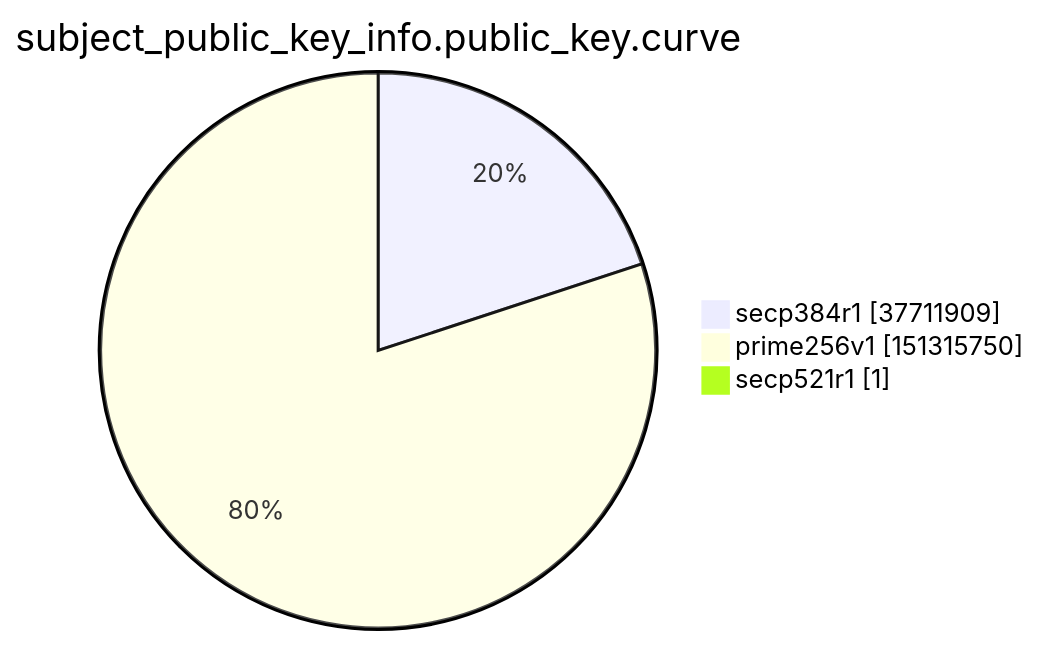
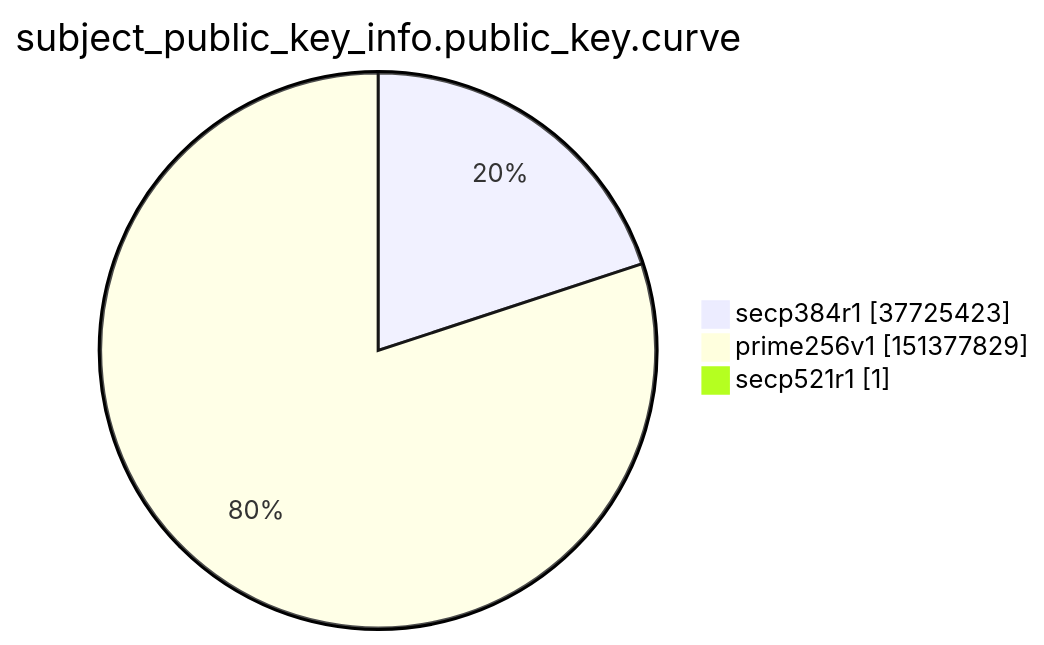
The ninth of 15 diagrams in xenon2022/README.md (christiankrug/ctmonitor_visualization), drawn with Mermaid before and after one commit. The commit also changed other lines of this file, not shown here.

````diff
--- a/xenon2022/README.md
+++ b/xenon2022/README.md
@@ -2859,7 +2859,7 @@
 ```mermaid
 pie showData
 title subject_public_key_info.public_key.curve
-"secp384r1" :37711909
-"prime256v1" :151315750
+"secp384r1" :37725423
+"prime256v1" :151377829
 "secp521r1" :1
 ```
````
